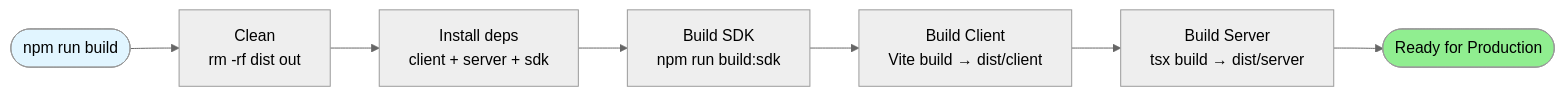
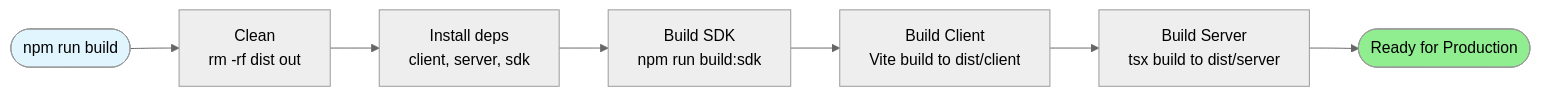
The fifth of 11 diagrams in docs/CONTRIBUTING.mdx (and1can/inspector), drawn with Mermaid (neutral theme) before and after one commit. The commit also changed other lines of this file, not shown here.

Commit message:
Fix graphs in Contributing

````diff
--- a/docs/CONTRIBUTING.mdx
+++ b/docs/CONTRIBUTING.mdx
@@ -240,14 +240,14 @@
 ```mermaid
 flowchart LR
-    Start([npm run build])
+    Start(["npm run build"])
 
-    Start --> Clean[Clean<br/>rm -rf dist out]
-    Clean --> Install[Install deps<br/>client + server + sdk]
-    Install --> SDK[Build SDK<br/>npm run build:sdk]
-    SDK --> Client[Build Client<br/>Vite build → dist/client]
-    Client --> Server[Build Server<br/>tsx build → dist/server]
-    Server --> Done([Ready for Production])
+    Start --> Clean["Clean<br/>rm -rf dist out"]
+    Clean --> Install["Install deps<br/>client, server, sdk"]
+    Install --> SDK["Build SDK<br/>npm run build:sdk"]
+    SDK --> Client["Build Client<br/>Vite build to dist/client"]
+    Client --> Server["Build Server<br/>tsx build to dist/server"]
+    Server --> Done(["Ready for Production"])
 
     style Start fill:#e1f5ff
     style Done fill:#90EE90
 ```
````
